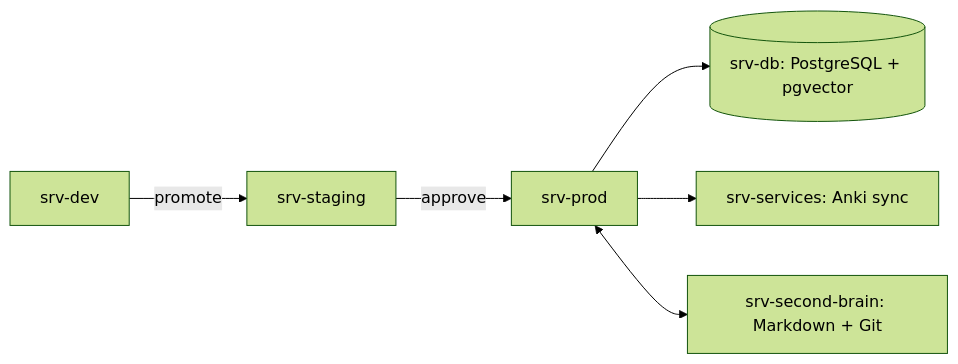
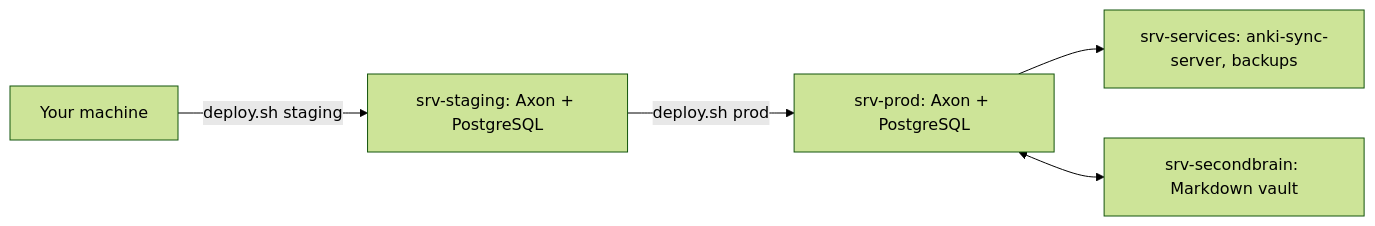
Before and after one commit to thoutmose/axon: the eighth of 9 diagrams in README.fr.md, drawn with Mermaid (forest theme). The commit also changed other lines of this file and 6 other files, not shown here.

Commit message:
docs: record the EP-49 audit; bring diagrams, hardware, and settings back to what runs (ADR 0022)

````diff
--- a/README.fr.md
+++ b/README.fr.md
@@ -274,7 +273,6 @@
 ```mermaid
 flowchart LR
-  dev[srv-dev] -->|promote| staging[srv-staging] -->|approve| prod[srv-prod]
-  prod --> db[(srv-db: PostgreSQL + pgvector)]
-  prod --> services[srv-services: Anki sync]
-  prod <--> brain[srv-second-brain: Markdown + Git]
+  dev[Your machine] -->|deploy.sh staging| staging[srv-staging: Axon + PostgreSQL] -->|deploy.sh prod| prod[srv-prod: Axon + PostgreSQL]
+  prod --> services[srv-services: anki-sync-server, backups]
+  prod <--> brain[srv-secondbrain: Markdown vault]
 ```
````
